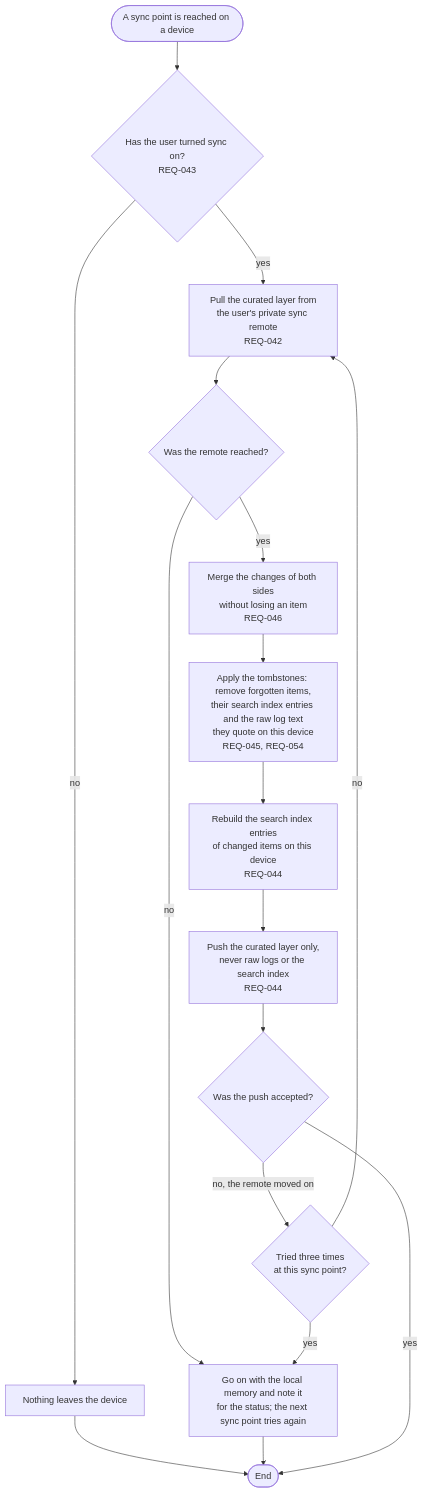
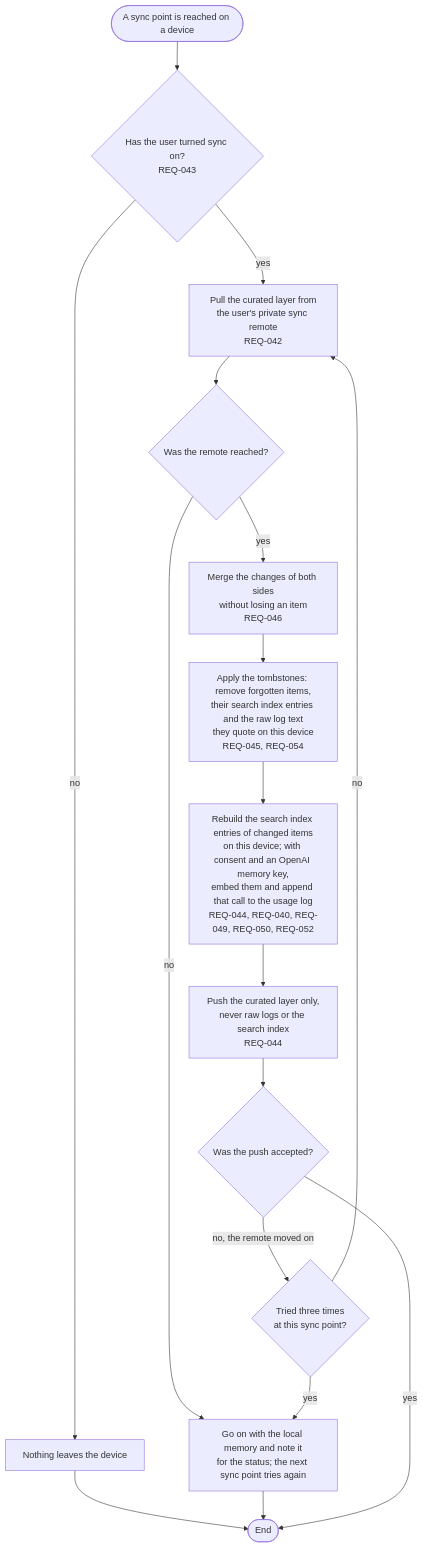
Before and after one commit to kodonghui/corthex: the diagram in docs/03-user-flow/memory/FL-012-sync-memory.md, drawn with Mermaid. The commit also changed other lines of this file and 11 other files, not shown here.

First line of the commit message:
docs: log embedding calls and keep checked quotes in the memory flows

````diff
--- a/docs/03-user-flow/memory/FL-012-sync-memory.md
+++ b/docs/03-user-flow/memory/FL-012-sync-memory.md
@@ -9,19 +9,19 @@
 ```mermaid
 flowchart TD
   A(["A sync point is reached on a device"]) --> B{"Has the user turned sync on?<br/>REQ-043"}
   B -->|no| B1["Nothing leaves the device"]
   B1 --> Z(["End"])
   B -->|yes| C["Pull the curated layer from<br/>the user's private sync remote<br/>REQ-042"]
   C --> D{"Was the remote reached?"}
   D -->|no| D1["Go on with the local memory and note it<br/>for the status; the next sync point tries again"]
   D1 --> Z
   D -->|yes| E["Merge the changes of both sides<br/>without losing an item<br/>REQ-046"]
   E --> F["Apply the tombstones: remove forgotten items,<br/>their search index entries and the raw log text<br/>they quote on this device<br/>REQ-045, REQ-054"]
-  F --> G["Rebuild the search index entries<br/>of changed items on this device<br/>REQ-044"]
+  F --> G["Rebuild the search index entries of changed items<br/>on this device; with consent and an OpenAI memory key,<br/>embed them and append that call to the usage log<br/>REQ-044, REQ-040, REQ-049, REQ-050, REQ-052"]
   G --> H["Push the curated layer only,<br/>never raw logs or the search index<br/>REQ-044"]
   H --> I{"Was the push accepted?"}
   I -->|yes| Z
   I -->|no, the remote moved on| J{"Tried three times<br/>at this sync point?"}
   J -->|no| C
   J -->|yes| D1
 ```
````
